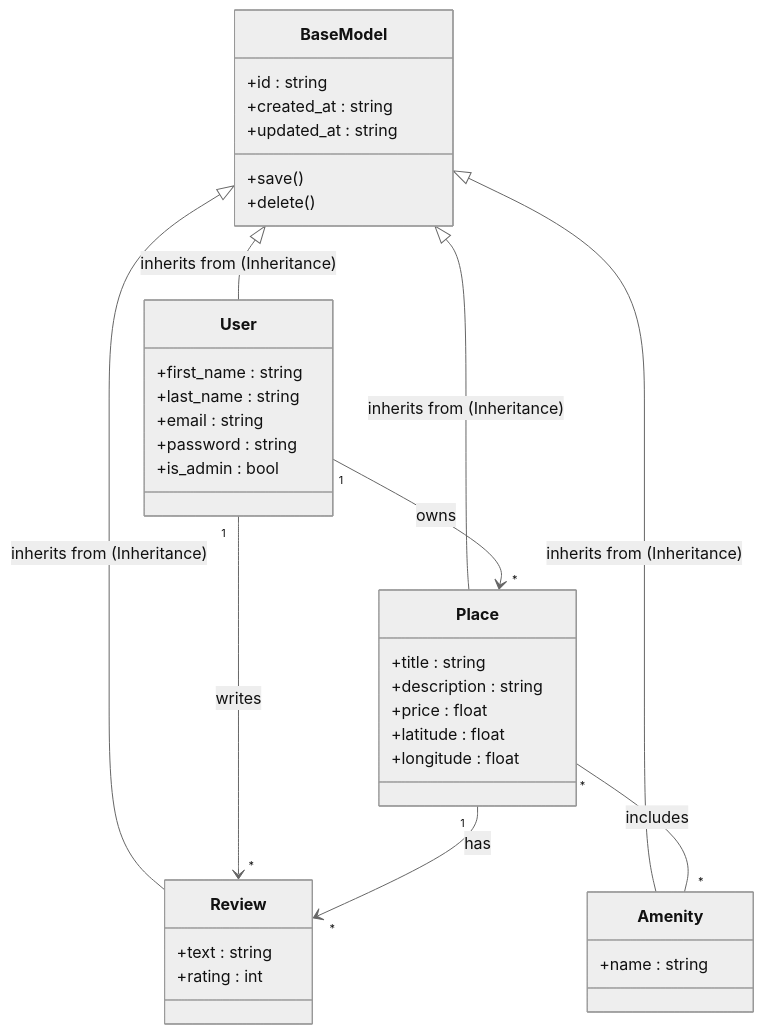
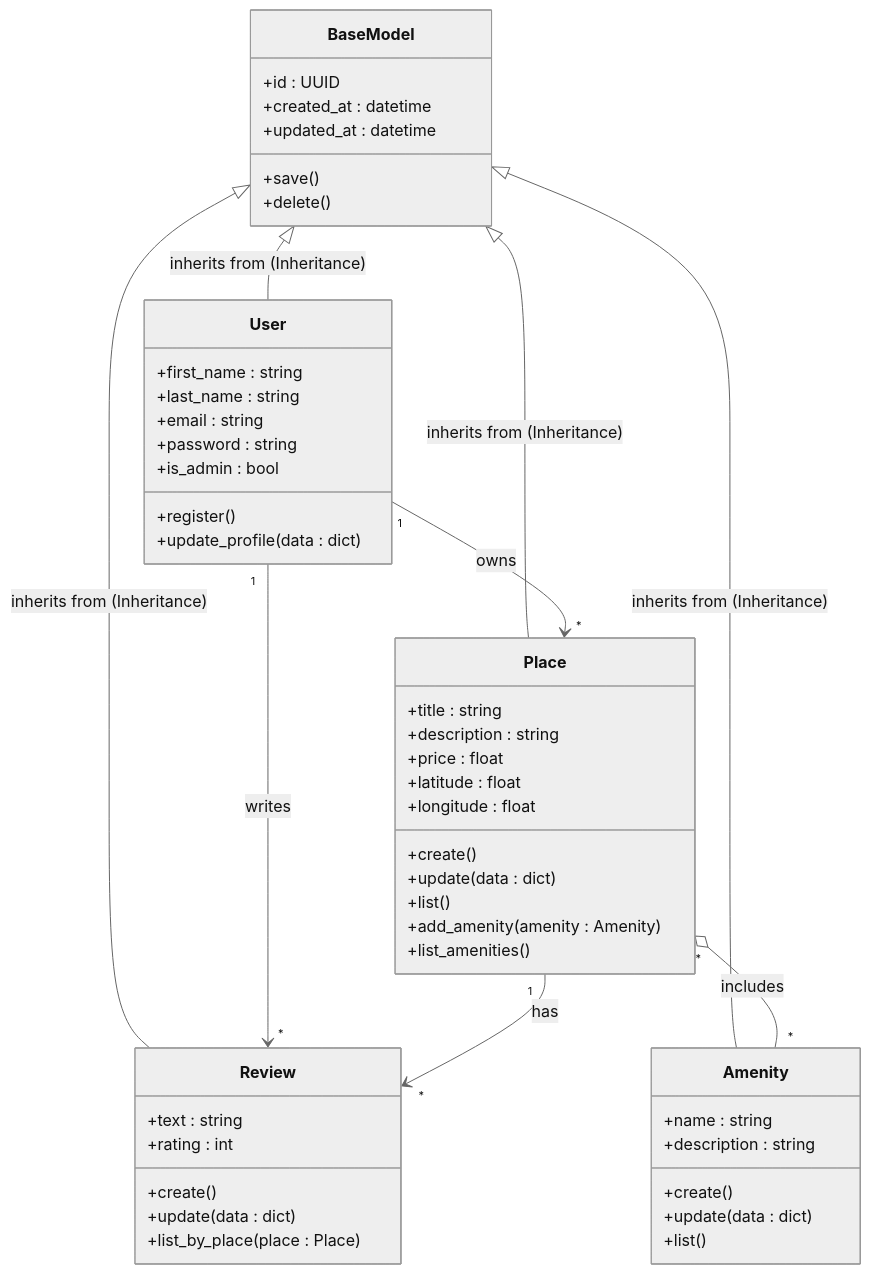
One commit to alzahra3ali-bit/holbertonschool-hbnb changed the second of 6 diagrams in part1/README.md. Above: the diagram before and after it, drawn with Mermaid (neutral theme). The commit also changed other lines of this file, not shown here.

Commit message:
Fix: Merged facade with business layer and added methods in the class diagram

````diff
--- a/part1/README.md
+++ b/part1/README.md
@@ -53,46 +47,60 @@
 ```mermaid
 classDiagram
 
 class BaseModel {
-  +id : string
-  +created_at : string
-  +updated_at : string
+  +id : UUID
+  +created_at : datetime
+  +updated_at : datetime
   +save()
   +delete()
 }
 
 class User {
   +first_name : string
   +last_name : string
   +email : string
   +password : string
   +is_admin : bool
+  +register()
+  +update_profile(data : dict)
 }
 
 class Place {
   +title : string
   +description : string
   +price : float
   +latitude : float
   +longitude : float
+  +create()
+  +update(data : dict)
+  +list()
+  +add_amenity(amenity : Amenity)
+  +list_amenities()
 }
 
 class Review {
   +text : string
   +rating : int
+  +create()
+  +update(data : dict)
+  +list_by_place(place : Place)
 }
 
 class Amenity {
   +name : string
+  +description : string
+  +create()
+  +update(data : dict)
+  +list()
 }
 
 BaseModel <|-- User : inherits from (Inheritance)
 BaseModel <|-- Place : inherits from (Inheritance)
 BaseModel <|-- Review : inherits from (Inheritance)
 BaseModel <|-- Amenity : inherits from (Inheritance)
 
 User "1" --> "*" Place : owns
 User "1" --> "*" Review : writes
 Place "1" --> "*" Review : has
-Place "*" -- "*" Amenity : includes
+Place "*" o-- "*" Amenity : includes
 ```
````
